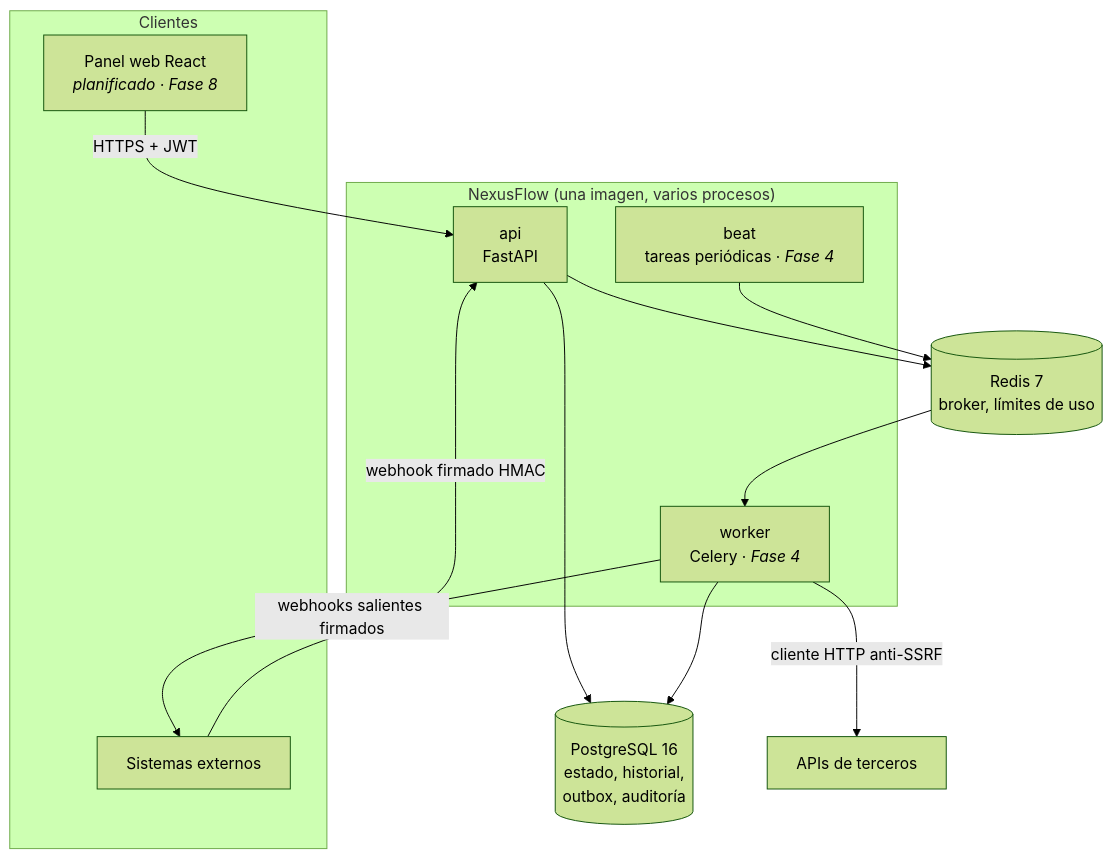
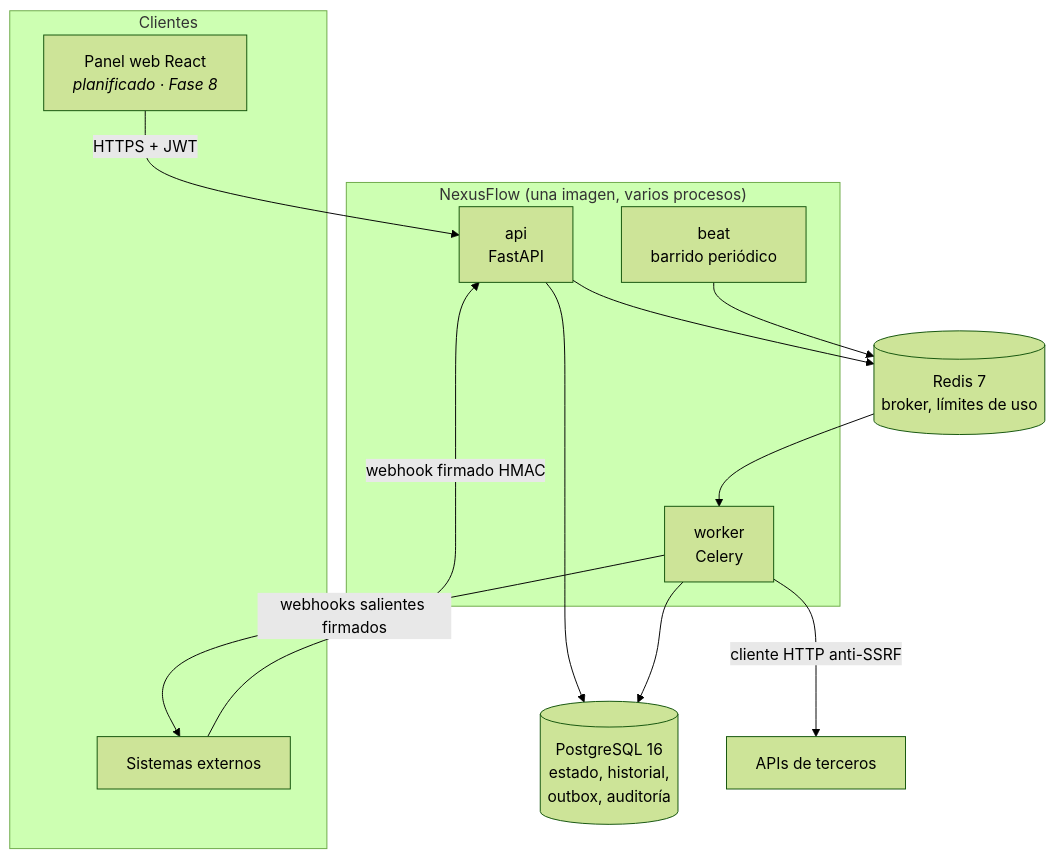
One commit to JuanSGarciaC/nexusflow changed the first of 3 diagrams in docs/architecture.md. Above: the diagram before and after it, drawn with Mermaid (forest theme). The commit also changed other lines of this file and 34 other files, not shown here.

First line of the commit message:
feat(engine): motor de ejecución con Celery y cliente HTTP seguro (Fase 4)

````diff
--- a/docs/architecture.md
+++ b/docs/architecture.md
@@ -14,27 +14,27 @@
 ```mermaid
 flowchart TB
     subgraph Clientes
         ui[Panel web React<br/><i>planificado · Fase 8</i>]
         ext[Sistemas externos]
     end
 
     subgraph NexusFlow["NexusFlow (una imagen, varios procesos)"]
         api[api<br/>FastAPI]
-        worker[worker<br/>Celery · <i>Fase 4</i>]
-        beat[beat<br/>tareas periódicas · <i>Fase 4</i>]
+        worker[worker<br/>Celery]
+        beat[beat<br/>barrido periódico]
     end
 
     pg[(PostgreSQL 16<br/>estado, historial,<br/>outbox, auditoría)]
     redis[(Redis 7<br/>broker, límites de uso)]
     partners[APIs de terceros]
 
     ui -->|HTTPS + JWT| api
     ext -->|webhook firmado HMAC| api
     api --> pg
     api --> redis
     redis --> worker
     worker --> pg
     worker -->|cliente HTTP anti-SSRF| partners
     worker -->|webhooks salientes firmados| ext
     beat --> redis
 ```
````
